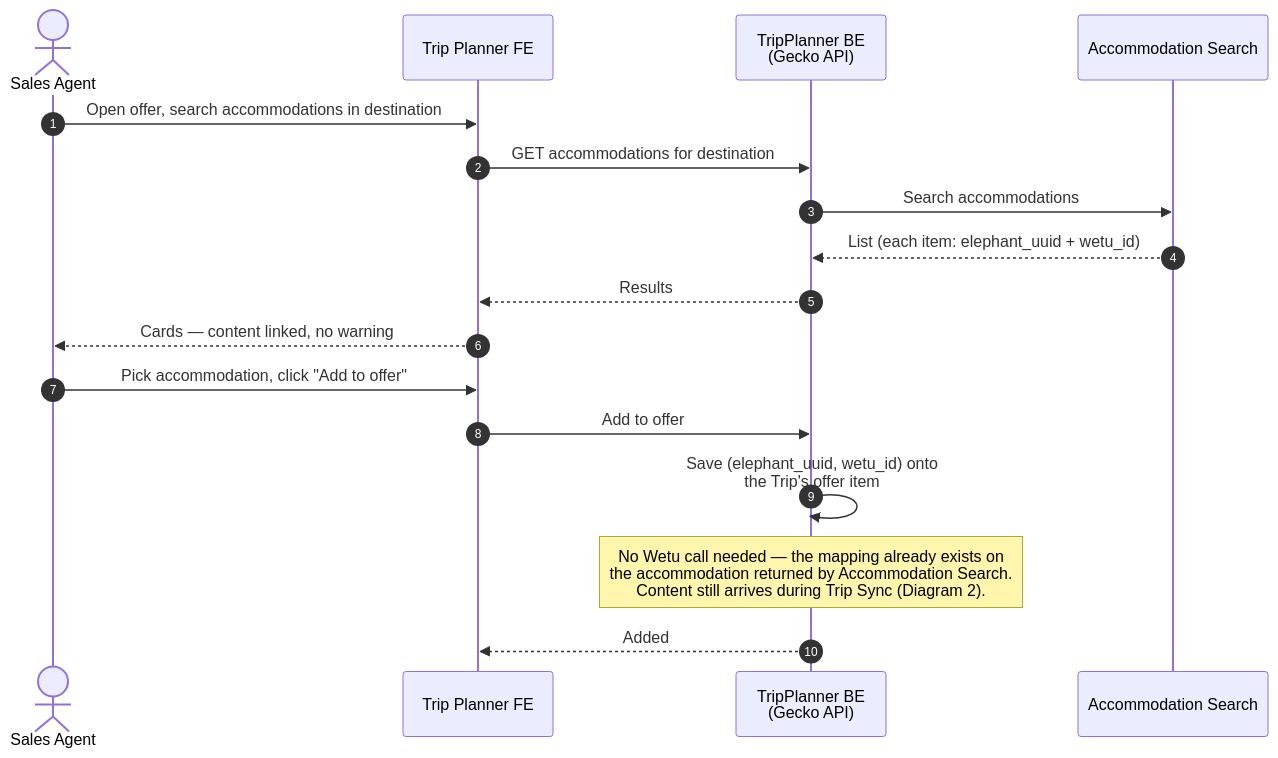
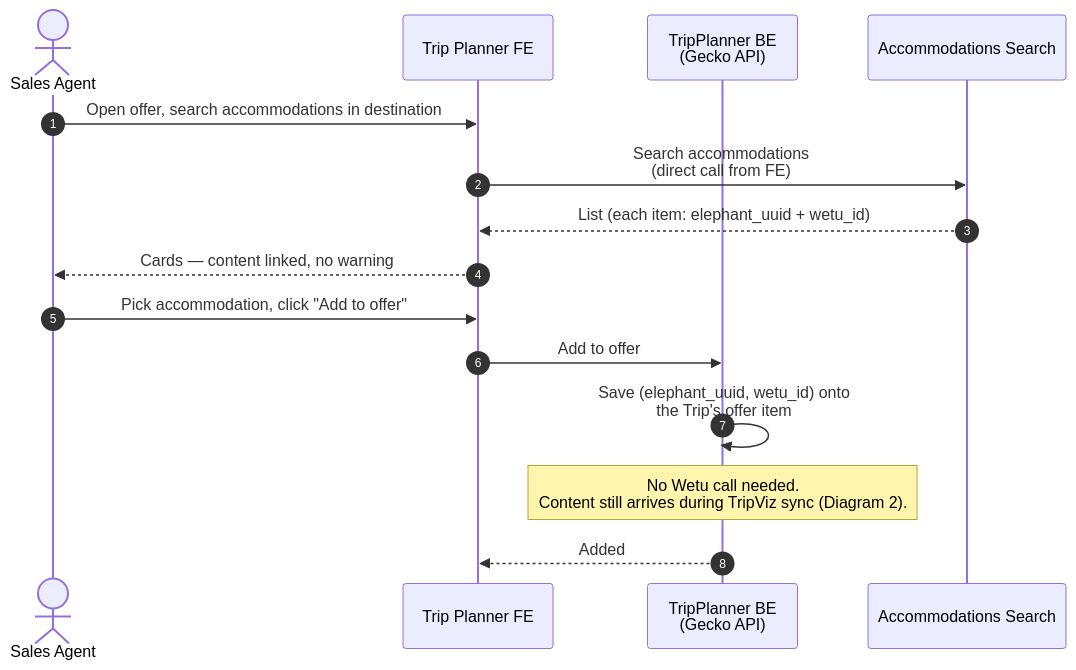
Before and after one commit to kliuchnikau-tourlane/ClaudeCowork: the second of 5 diagrams in OUTPUTS/2026-04-24_TripPlannerWetu-sequence-diagrams/TripPlannerWetu_Confluence.md, drawn with Mermaid. The commit also changed other lines of this file and 5 other files, not shown here.

````diff
--- a/OUTPUTS/2026-04-24_TripPlannerWetu-sequence-diagrams/TripPlannerWetu_Confluence.md
+++ b/OUTPUTS/2026-04-24_TripPlannerWetu-sequence-diagrams/TripPlannerWetu_Confluence.md
@@ -74,21 +72,19 @@
 ```mermaid
 sequenceDiagram
     autonumber
     actor Agent as Sales Agent
     participant TP as Trip Planner FE
     participant BE as TripPlanner BE<br/>(Gecko API)
-    participant AS as Accommodation Search
+    participant AS as Accommodations Search
 
     Agent->>TP: Open offer, search accommodations in destination
-    TP->>BE: GET accommodations for destination
-    BE->>AS: Search accommodations
-    AS-->>BE: List (each item: elephant_uuid + wetu_id)
-    BE-->>TP: Results
+    TP->>AS: Search accommodations<br/>(direct call from FE)
+    AS-->>TP: List (each item: elephant_uuid + wetu_id)
     TP-->>Agent: Cards — content linked, no warning
 
     Agent->>TP: Pick accommodation, click "Add to offer"
     TP->>BE: Add to offer
     BE->>BE: Save (elephant_uuid, wetu_id) onto<br/>the Trip's offer item
-    Note over BE: No Wetu call needed — the mapping already exists on<br/>the accommodation returned by Accommodation Search.<br/>Content still arrives during Trip Sync (Diagram 2).
+    Note over BE: No Wetu call needed.<br/>Content still arrives during TripViz sync (Diagram 2).
     BE-->>TP: Added
 ```
````
